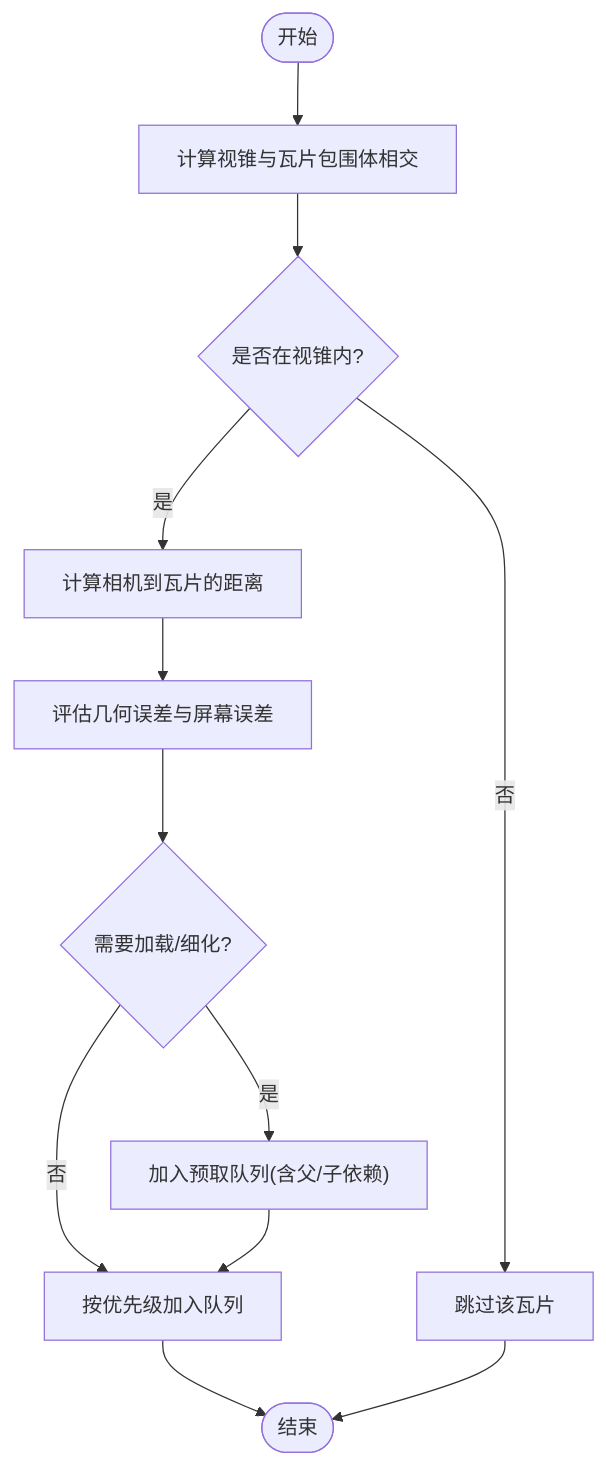
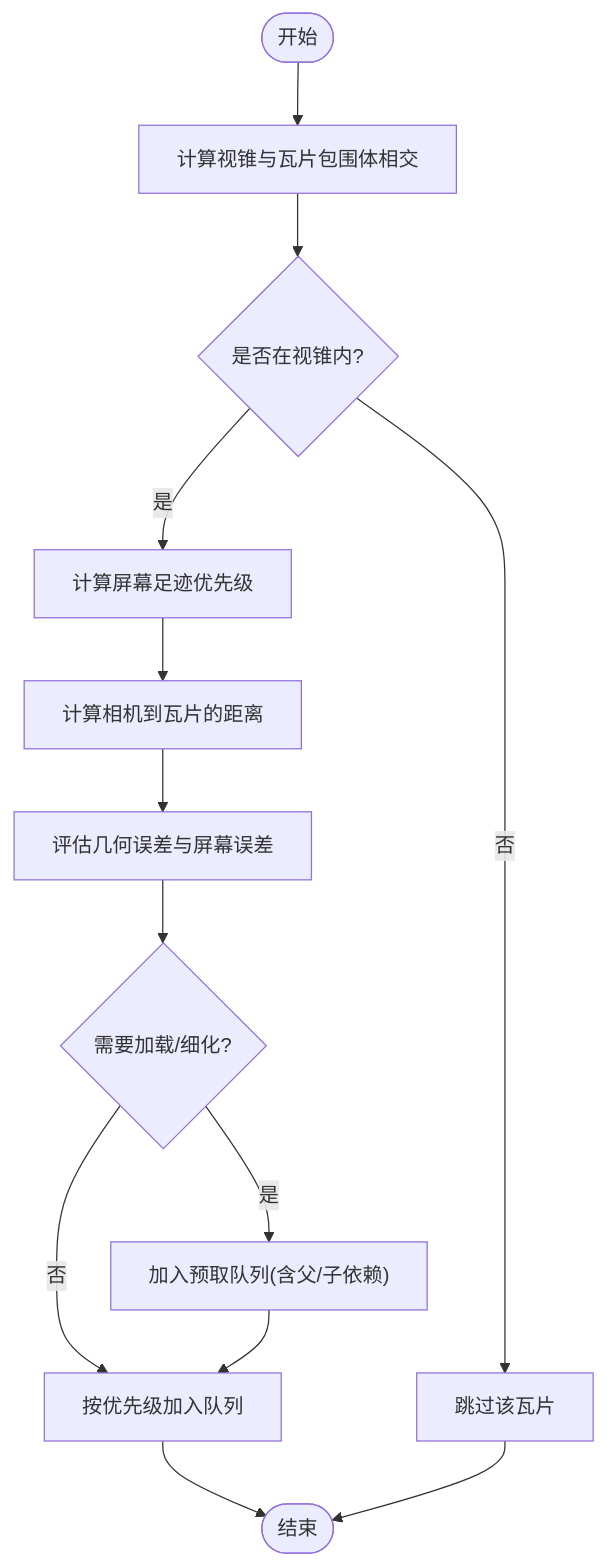
Before and after one commit to rzhangjing/cesium: the third of 9 diagrams in .qoder/repowiki/zh/content/性能优化/数据加载优化/瓦片加载策略.md, drawn with Mermaid. The commit also changed other lines of this file and 24 other files, not shown here.

````diff
--- a/.qoder/repowiki/zh/content/性能优化/数据加载优化/瓦片加载策略.md
+++ b/.qoder/repowiki/zh/content/性能优化/数据加载优化/瓦片加载策略.md
@@ -121,14 +140,15 @@
 ```mermaid
 flowchart TD
 Start(["开始"]) --> ViewFrustum["计算视锥与瓦片包围体相交"]
 ViewFrustum --> Visible{"是否在视锥内?"}
 Visible --> |否| Skip["跳过该瓦片"]
-Visible --> |是| DistCalc["计算相机到瓦片的距离"]
+Visible --> |是| ScreenFootprint["计算屏幕足迹优先级"]
+ScreenFootprint --> DistCalc["计算相机到瓦片的距离"]
 DistCalc --> LODCheck["评估几何误差与屏幕误差"]
 LODCheck --> NeedLoad{"需要加载/细化?"}
 NeedLoad --> |否| Rank["按优先级加入队列"]
 NeedLoad --> |是| Prefetch["加入预取队列(含父/子依赖)"]
 Prefetch --> Rank
 Rank --> End(["结束"])
 Skip --> End
 ```
````
